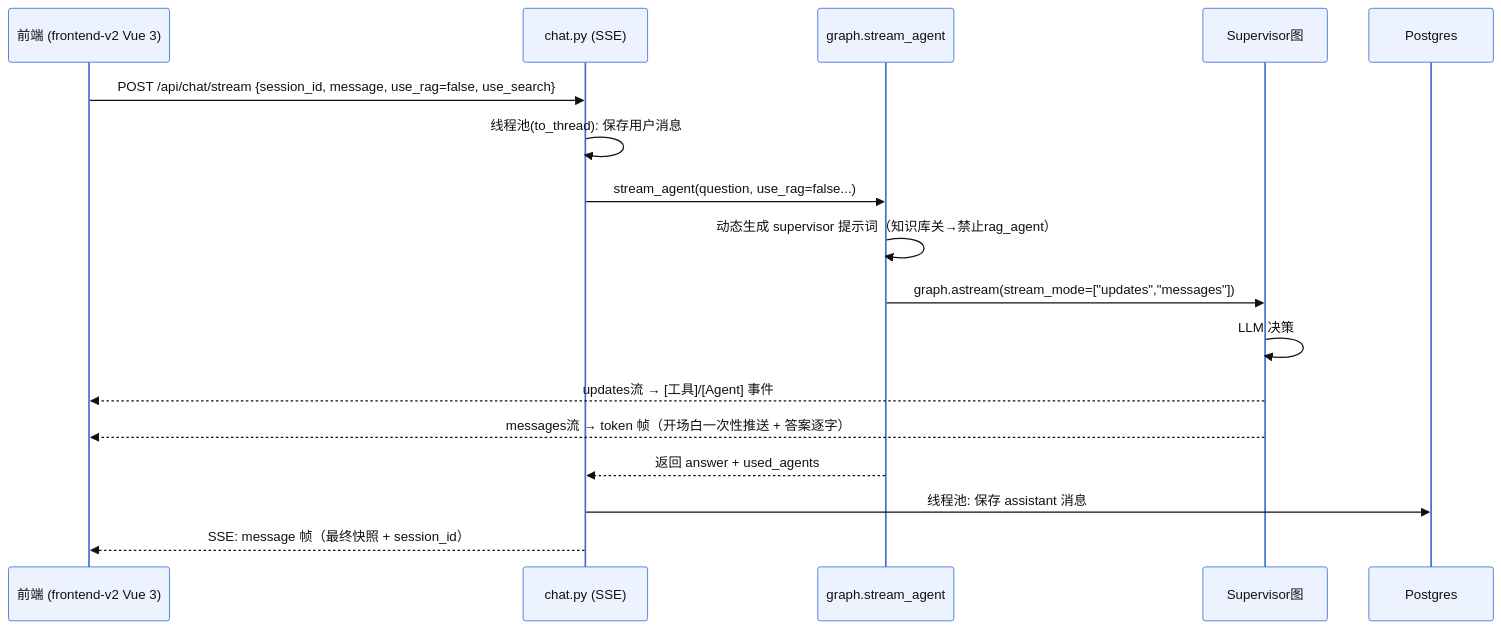
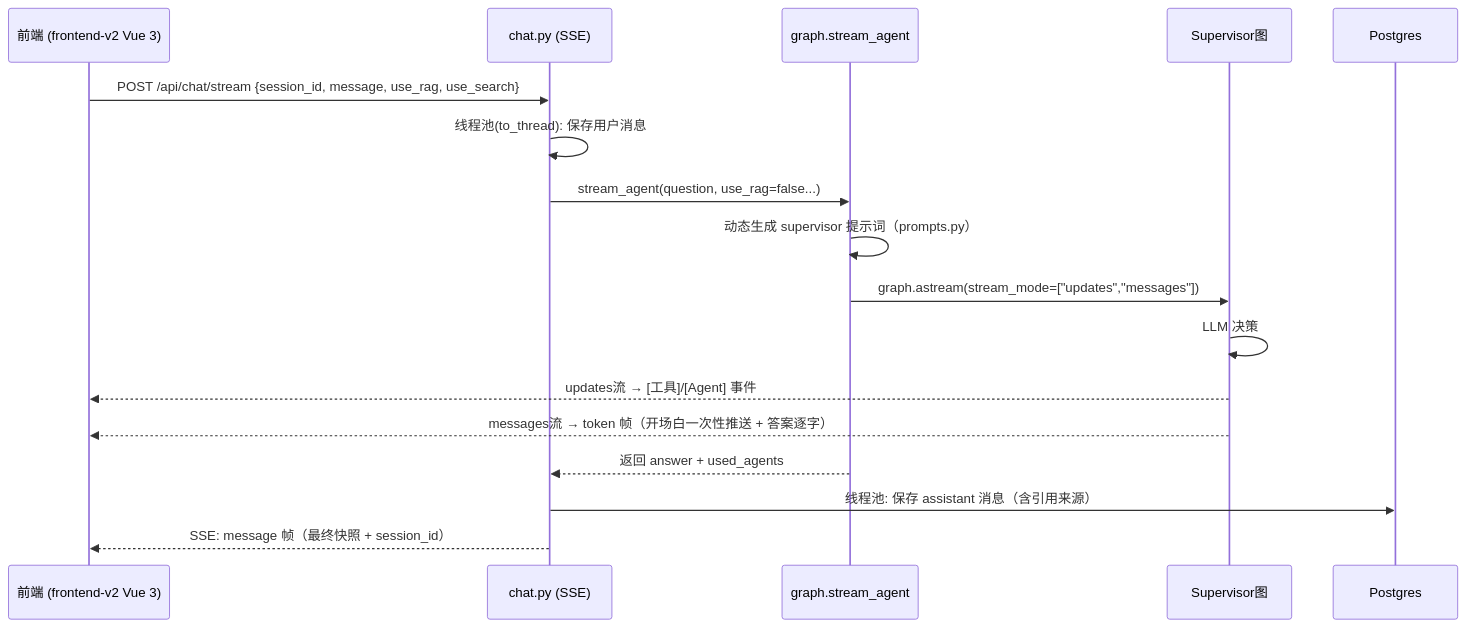
The third of 3 diagrams in docs/EXPLAIN.md (Zhuliqx/Agentchat), drawn with Mermaid before and after one commit. The commit also changed other lines of this file and 21 other files, not shown here.

Commit message:
docs: 文档重构——新增文档地图/唯一基线/实验快照，面试向内容拆分，接入漂移检查

````diff
--- a/docs/EXPLAIN.md
+++ b/docs/EXPLAIN.md
@@ -164,20 +92,19 @@
 ```mermaid
-%%{init: {"theme":"base", "themeVariables": {"primaryColor":"#ecf3ff", "primaryBorderColor":"#3b6fd4", "primaryTextColor":"#111", "lineColor":"#7a7a7a", "fontSize":"14px", "clusterBkg":"#f7f8fa", "clusterBorder":"#c4c9d2", "secondaryColor":"#fef9ef", "tertiaryColor":"#f2f7f2", "actorBkg":"#ecf3ff", "actorBorder":"#3b6fd4", "noteBkg":"#fef9ef"}}}%%
 sequenceDiagram
     participant FE as 前端 (frontend-v2 Vue 3)
     participant C as chat.py (SSE)
     participant G as graph.stream_agent
     participant S as Supervisor图
     participant DB as Postgres
-    FE->>C: POST /api/chat/stream {session_id, message, use_rag=false, use_search}
+    FE->>C: POST /api/chat/stream {session_id, message, use_rag, use_search}
     C->>C: 线程池(to_thread): 保存用户消息
     C->>G: stream_agent(question, use_rag=false...)
-    G->>G: 动态生成 supervisor 提示词（知识库关→禁止rag_agent）
+    G->>G: 动态生成 supervisor 提示词（prompts.py）
     G->>S: graph.astream(stream_mode=["updates","messages"])
     S->>S: LLM 决策
     S-->>FE: updates流 → [工具]/[Agent] 事件
     S-->>FE: messages流 → token 帧（开场白一次性推送 + 答案逐字）
     G-->>C: 返回 answer + used_agents
-    C->>DB: 线程池: 保存 assistant 消息
+    C->>DB: 线程池: 保存 assistant 消息（含引用来源）
     C-->>FE: SSE: message 帧（最终快照 + session_id）
 ```
````
